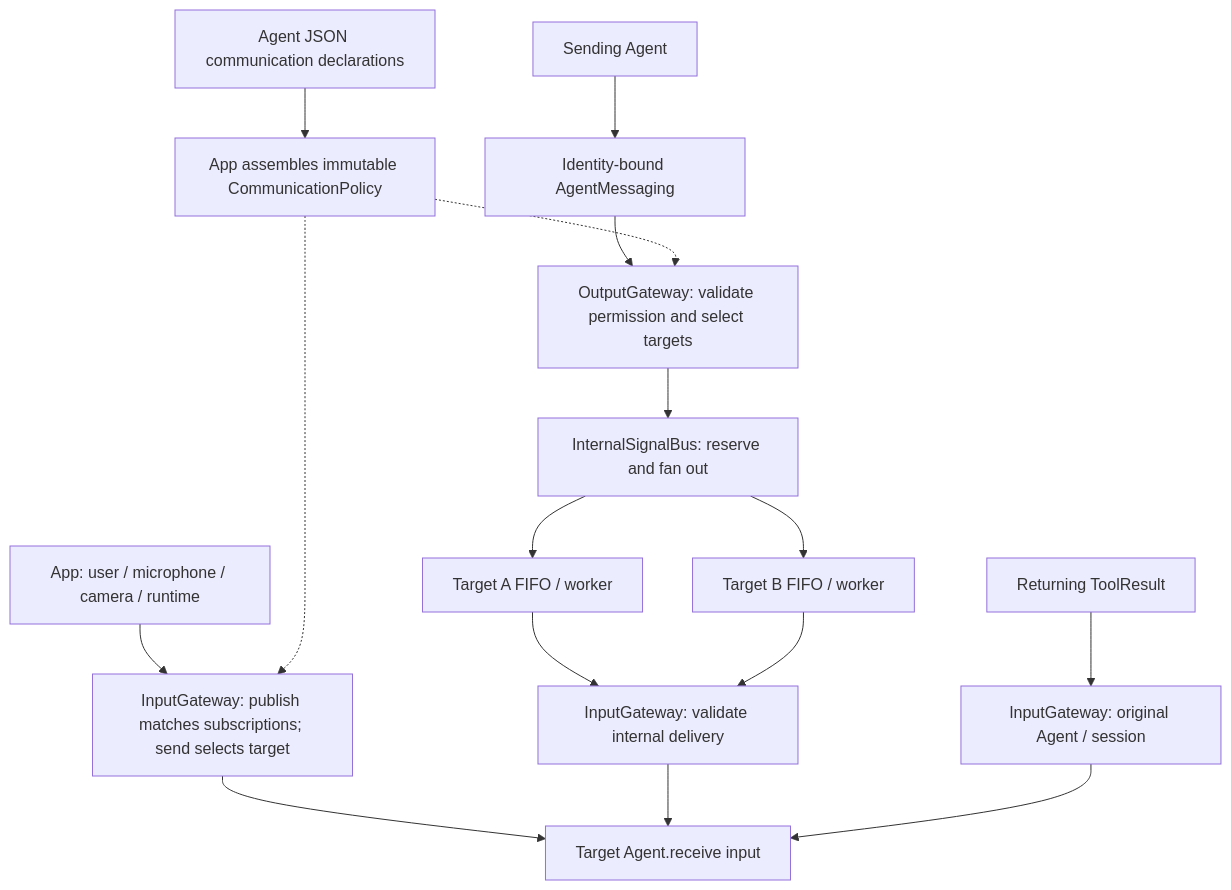
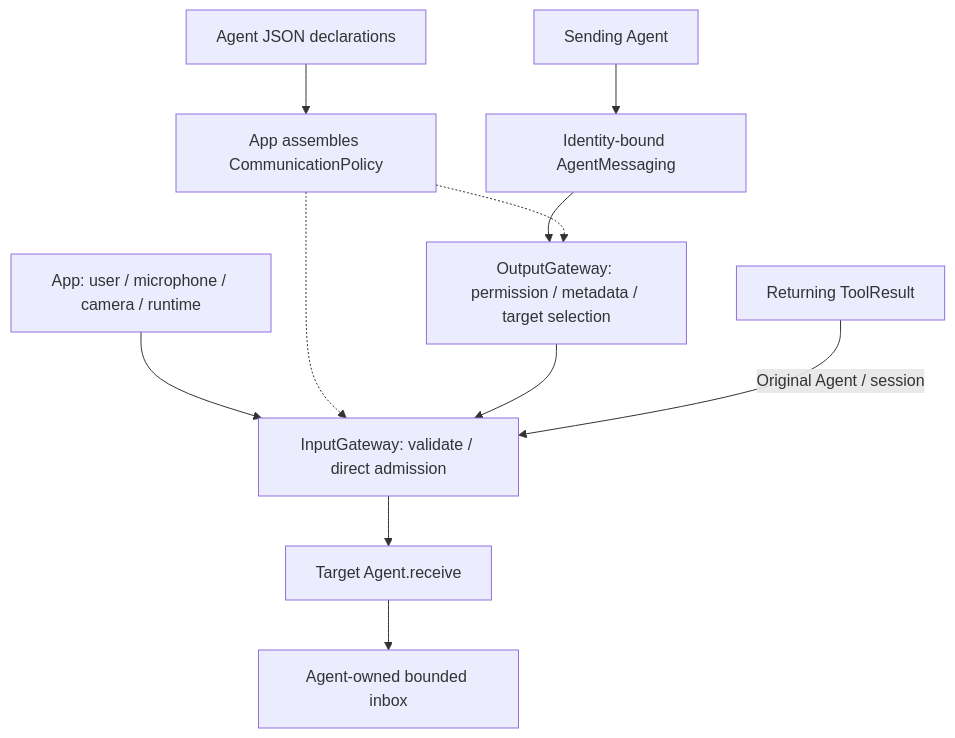
One commit to devilyouwei/MobileHarness changed the third of 5 diagrams in MobileHarness/README.md. Above: the diagram before and after it, drawn with Mermaid. The commit also changed other lines of this file and 40 other files, not shown here.

Commit message:
refactor: replace signal bus with direct gateway admission

````diff
--- a/MobileHarness/README.md
+++ b/MobileHarness/README.md
@@ -351,18 +349,13 @@
 ```mermaid
 flowchart TD
-    Config[Agent JSON communication declarations] --> Policy[App assembles immutable CommunicationPolicy]
-    External[App: user / microphone / camera / runtime] --> ExternalRoute[InputGateway: publish matches subscriptions; send selects target]
-    Policy -.-> ExternalRoute
+    Config[Agent JSON declarations] --> Policy[App assembles CommunicationPolicy]
+    External[App: user / microphone / camera / runtime] --> Input[InputGateway: validate / direct admission]
     Sender[Sending Agent] --> Port[Identity-bound AgentMessaging]
-    Port --> Output[OutputGateway: validate permission and select targets]
+    Port --> Output[OutputGateway: permission / metadata / target selection]
     Policy -.-> Output
-    Output --> Bus[InternalSignalBus: reserve and fan out]
-    Bus --> LaneA[Target A FIFO / worker]
-    Bus --> LaneB[Target B FIFO / worker]
-    LaneA --> Internal[InputGateway: validate internal delivery]
-    LaneB --> Internal
-    Tool[Returning ToolResult] --> Directed[InputGateway: original Agent / session]
-    ExternalRoute --> Receive[Target Agent.receive input]
-    Internal --> Receive
-    Directed --> Receive
+    Policy -.-> Input
+    Output --> Input
+    Tool[Returning ToolResult] -->|Original Agent / session| Input
+    Input --> Receive[Target Agent.receive]
+    Receive --> Inbox[Agent-owned bounded inbox]
 ```
````
